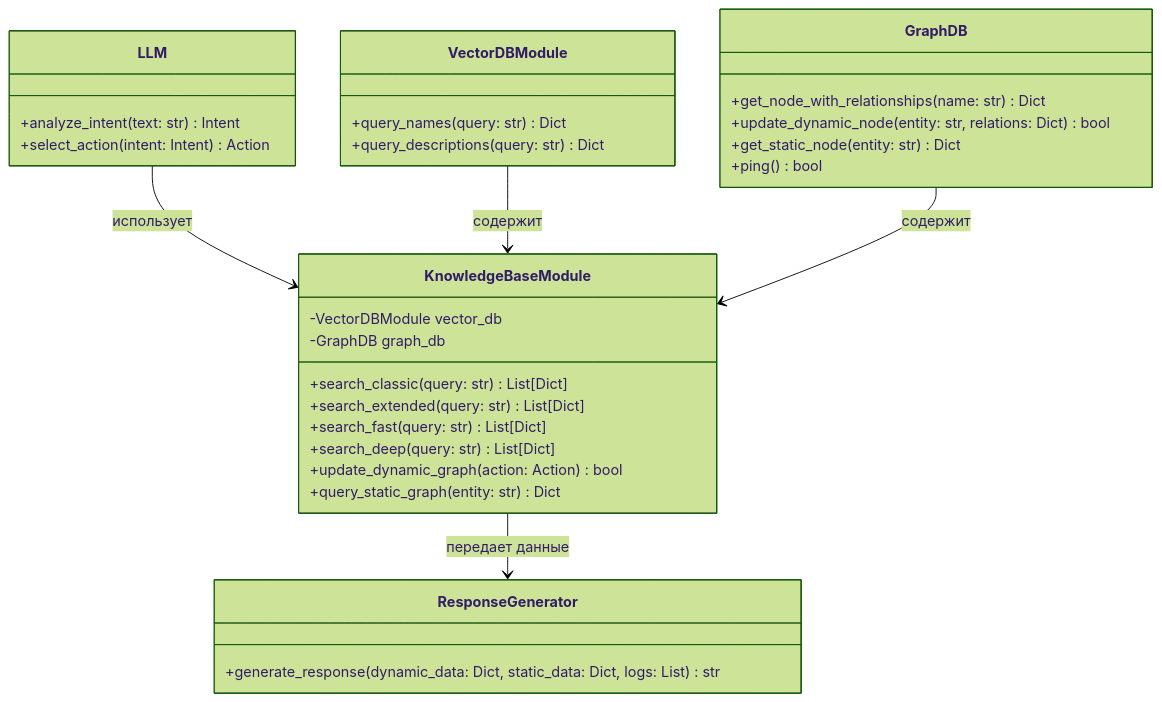
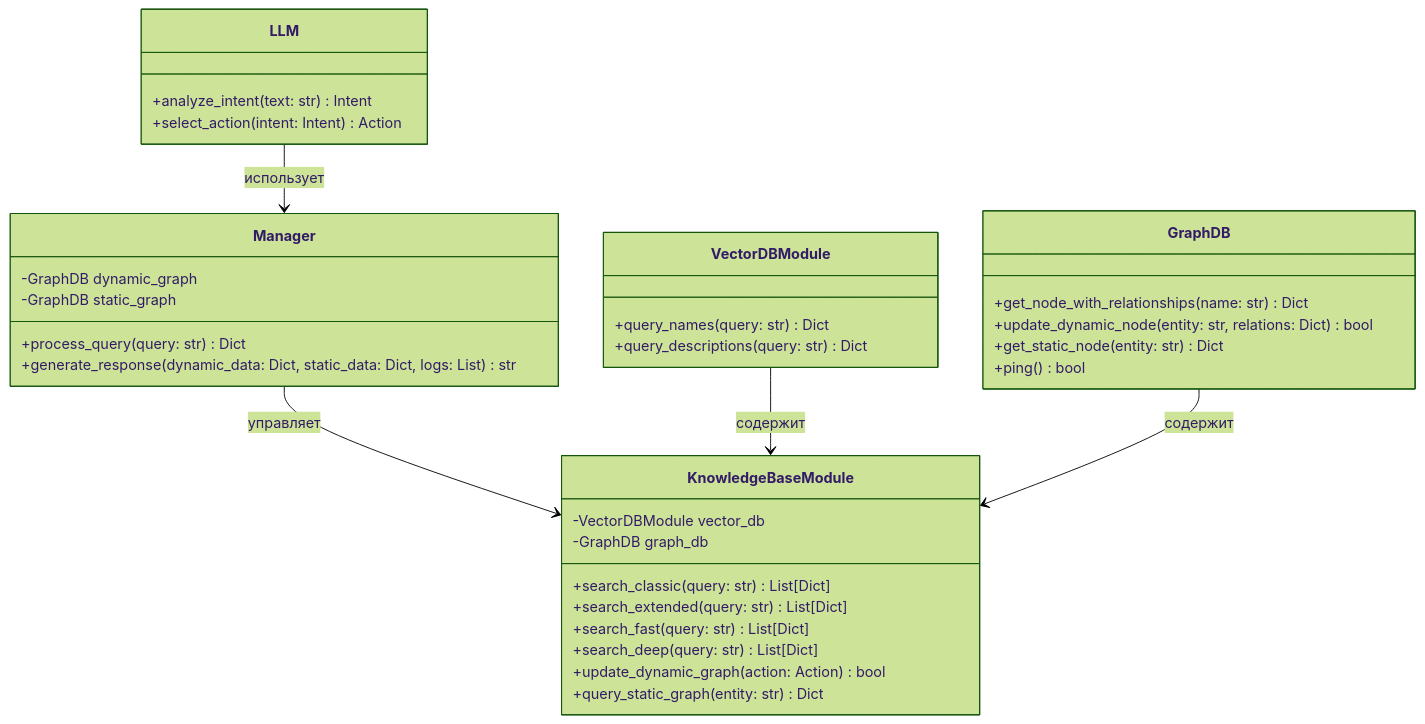
The second of 4 diagrams in docs/update_diagrams.md (Bataevk/QuipQuill), drawn with Mermaid (forest theme) before and after one commit. The commit also changed other lines of this file, not shown here.

````diff
--- a/docs/update_diagrams.md
+++ b/docs/update_diagrams.md
@@ -28,34 +28,37 @@
 ```mermaid
-classDiagram
-    class KnowledgeBaseModule {
-        -VectorDBModule vector_db
-        -GraphDB graph_db
-        +search_classic(query: str) List[Dict]
-        +search_extended(query: str) List[Dict]
-        +search_fast(query: str) List[Dict]
-        +search_deep(query: str) List[Dict]
-        +update_dynamic_graph(action: Action) bool
-        +query_static_graph(entity: str) Dict
-    }
-    class VectorDBModule {
-        +query_names(query: str) Dict
-        +query_descriptions(query: str) Dict
-    }
-    class GraphDB {
-        +get_node_with_relationships(name: str) Dict
-        +update_dynamic_node(entity: str, relations: Dict) bool
-        +get_static_node(entity: str) Dict
-        +ping() bool
-    }
-    class LLM {
-        +analyze_intent(text: str) Intent
-        +select_action(intent: Intent) Action
-    }
-    class ResponseGenerator {
-        +generate_response(dynamic_data: Dict, static_data: Dict, logs: List) str
-    }
-    LLM --> KnowledgeBaseModule : использует
-    VectorDBModule --> KnowledgeBaseModule : содержит
-    GraphDB --> KnowledgeBaseModule : содержит
-    KnowledgeBaseModule --> ResponseGenerator : передает данные
+classDiagram  
+    class KnowledgeBaseModule {  
+        -VectorDBModule vector_db  
+        -GraphDB graph_db  
+        +search_classic(query: str) List[Dict]  
+        +search_extended(query: str) List[Dict]  
+        +search_fast(query: str) List[Dict]  
+        +search_deep(query: str) List[Dict]  
+        +update_dynamic_graph(action: Action) bool  
+        +query_static_graph(entity: str) Dict  
+    }  
+    class VectorDBModule {  
+        +query_names(query: str) Dict  
+        +query_descriptions(query: str) Dict  
+    }  
+    class GraphDB {  
+        +get_node_with_relationships(name: str) Dict  
+        +update_dynamic_node(entity: str, relations: Dict) bool  
+        +get_static_node(entity: str) Dict  
+        +ping() bool  
+    }  
+    class LLM {  
+        +analyze_intent(text: str) Intent  
+        +select_action(intent: Intent) Action  
+    }  
+    class Manager {  
+        -GraphDB dynamic_graph  
+        -GraphDB static_graph  
+        +process_query(query: str) Dict  
+        +generate_response(dynamic_data: Dict, static_data: Dict, logs: List) str  
+    }  
+    LLM --> Manager : использует  
+    Manager --> KnowledgeBaseModule : управляет  
+    VectorDBModule --> KnowledgeBaseModule : содержит  
+    GraphDB --> KnowledgeBaseModule : содержит  
 ```
````
